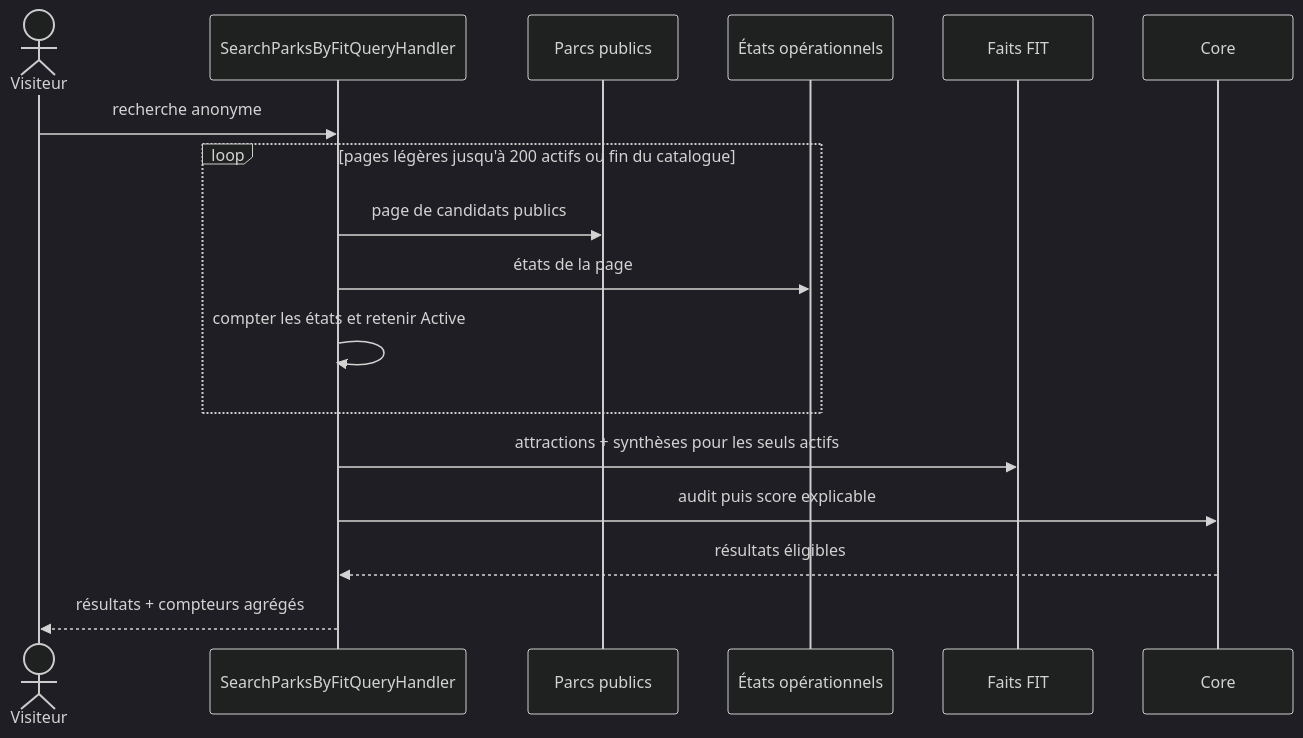
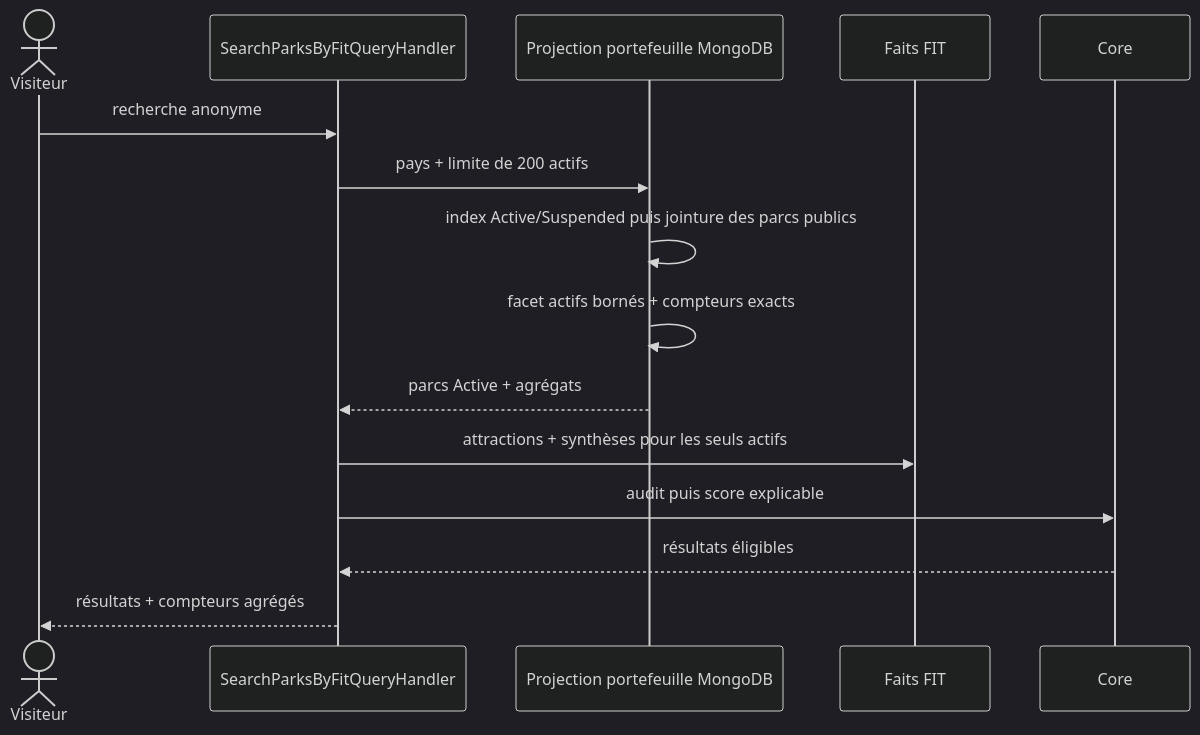
One commit to Ced59/AmusementParkProject changed the fourth of 4 diagrams in docs/architecture/product-growth-fit-15-portfolio-activation-2026-09-14.md. Above: the diagram before and after it, drawn with Mermaid (dark theme). The commit also changed other lines of this file and 10 other files, not shown here.

````diff
--- a/docs/architecture/product-growth-fit-15-portfolio-activation-2026-09-14.md
+++ b/docs/architecture/product-growth-fit-15-portfolio-activation-2026-09-14.md
@@ -198,20 +210,18 @@
 ```mermaid
 sequenceDiagram
     actor V as Visiteur
     participant Q as SearchParksByFitQueryHandler
-    participant P as Parcs publics
-    participant O as États opérationnels
+    participant R as Projection portefeuille MongoDB
     participant F as Faits FIT
     participant C as Core
 
     V->>Q: recherche anonyme
-    loop pages légères jusqu'à 200 actifs ou fin du catalogue
-      Q->>P: page de candidats publics
-      Q->>O: états de la page
-      Q->>Q: compter les états et retenir Active
-    end
+    Q->>R: pays + limite de 200 actifs
+    R->>R: index Active/Suspended puis jointure des parcs publics
+    R->>R: facet actifs bornés + compteurs exacts
+    R-->>Q: parcs Active + agrégats
     Q->>F: attractions + synthèses pour les seuls actifs
     Q->>C: audit puis score explicable
     C-->>Q: résultats éligibles
     Q-->>V: résultats + compteurs agrégés
 ```
````
